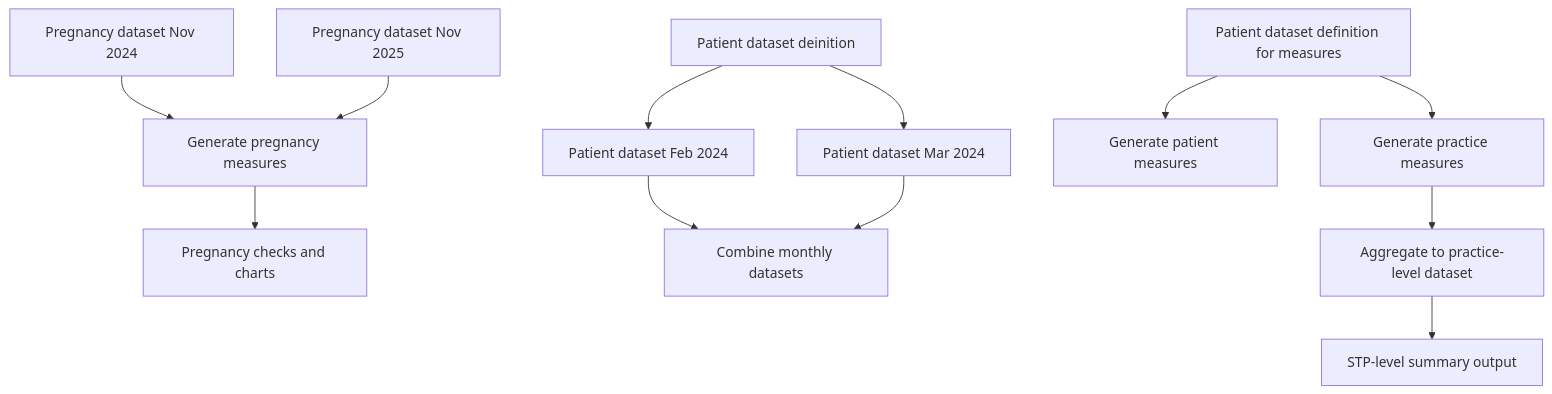
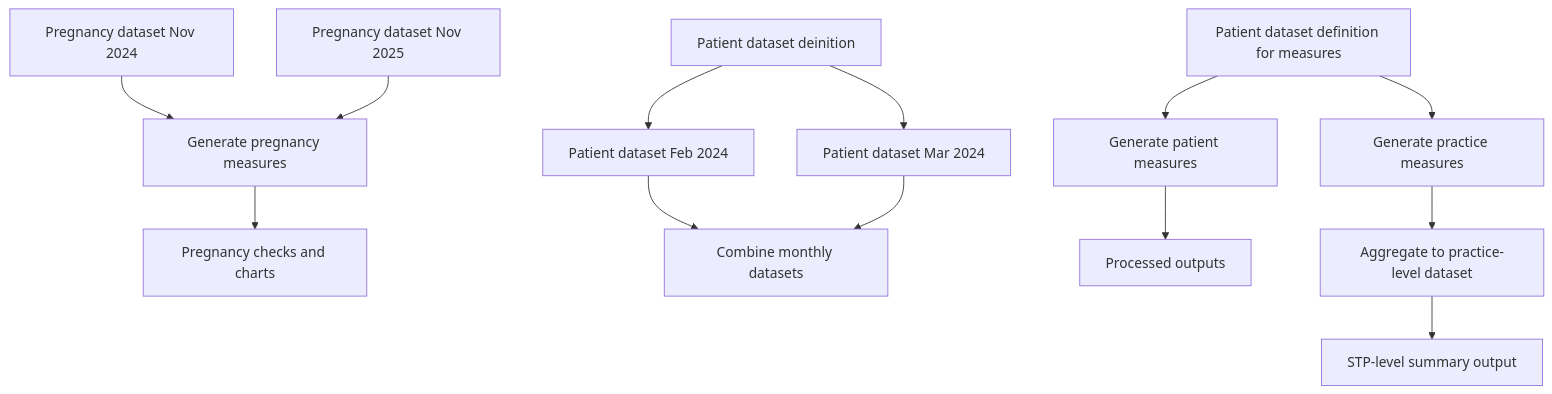
One commit to airadukunda/PharmacyFirst-WP2-Protocol4-antimicrobial-prescribing changed the diagram in README.md. Above: the diagram before and after it, drawn with Mermaid. The commit also changed other lines of this file and 9 other files, not shown here.

````diff
--- a/README.md
+++ b/README.md
@@ -23,22 +29,22 @@
 ```mermaid
 graph TD
 %% Pregnancy pipeline
 A1[Pregnancy dataset Nov 2024] --> B[Generate pregnancy measures]
 A2[Pregnancy dataset Nov 2025] --> B
 B --> C[Pregnancy checks and charts]
 
 %% Patient pipeline for aggregation
 D1[Patient dataset deinition] --> E1
 D1[Patient dataset deinition] --> E2
 E1[Patient dataset Feb 2024] --> F1[Combine monthly datasets]
 E2[Patient dataset Mar 2024] --> F1
 
 %% Patient pipeline for measures
-D2[Patient dataset definition for measures] --> E3[Generate patient measures]
+D2[Patient dataset definition for measures] --> E3[Generate patient measures] --> F3[Processed outputs]
 
 %% Practice pipeline
 D2[Patient dataset definition for measures] --> E4
 E4[Generate practice measures] --> F2[Aggregate to practice-level dataset]
 F2 --> G[STP-level summary output]
 
 ```
````
